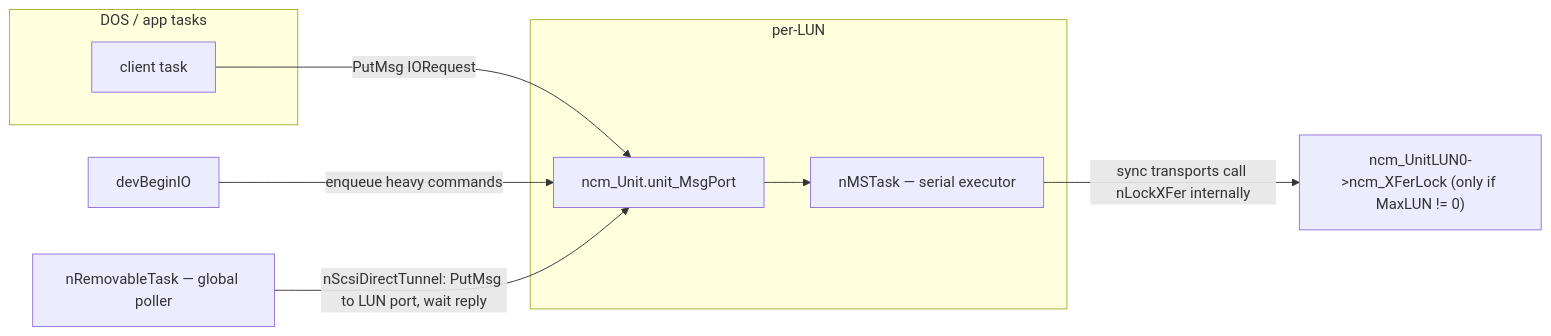
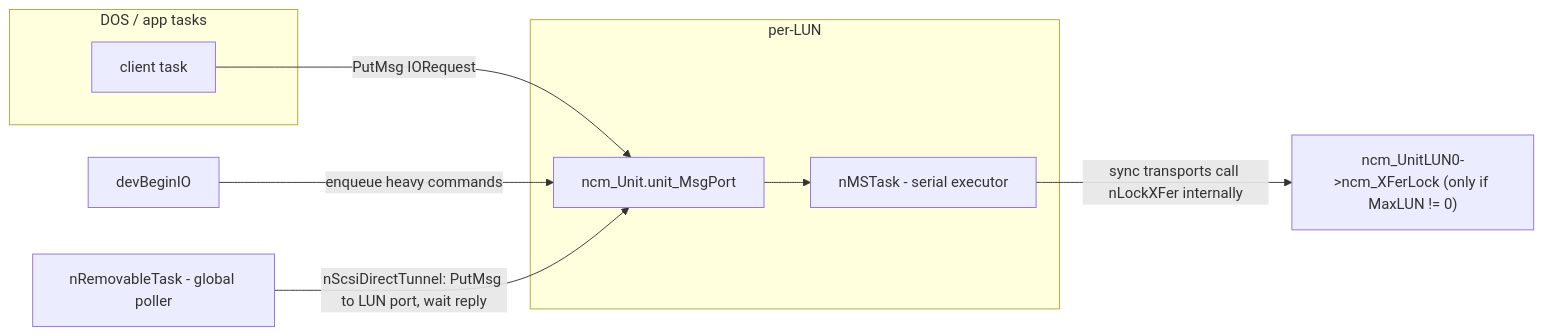
One commit to rondoval/poseidon-backport changed the fourth of 12 diagrams in docs/massstorage.class-architecture.md. Above: the diagram before and after it, drawn with Mermaid. The commit also changed other lines of this file and 108 other files, not shown here.

````diff
--- a/docs/massstorage.class-architecture.md
+++ b/docs/massstorage.class-architecture.md
@@ -234,19 +234,19 @@
 ```mermaid
 flowchart LR
     subgraph CALLERS["DOS / app tasks"]
         C1["client task"]
     end
     DEV["devBeginIO"]
     subgraph LUN["per-LUN"]
         PORT["ncm_Unit.unit_MsgPort"]
-        MST["nMSTask — serial executor"]
+        MST["nMSTask - serial executor"]
     end
-    RT["nRemovableTask — global poller"]
+    RT["nRemovableTask - global poller"]
     LOCK["ncm_UnitLUN0->ncm_XFerLock (only if MaxLUN != 0)"]
 
     C1 -->|"PutMsg IORequest"| PORT
     DEV -->|"enqueue heavy commands"| PORT
     PORT --> MST
     MST -->|"sync transports call nLockXFer internally"| LOCK
     RT -->|"nScsiDirectTunnel: PutMsg to LUN port, wait reply"| PORT
 ```
````
